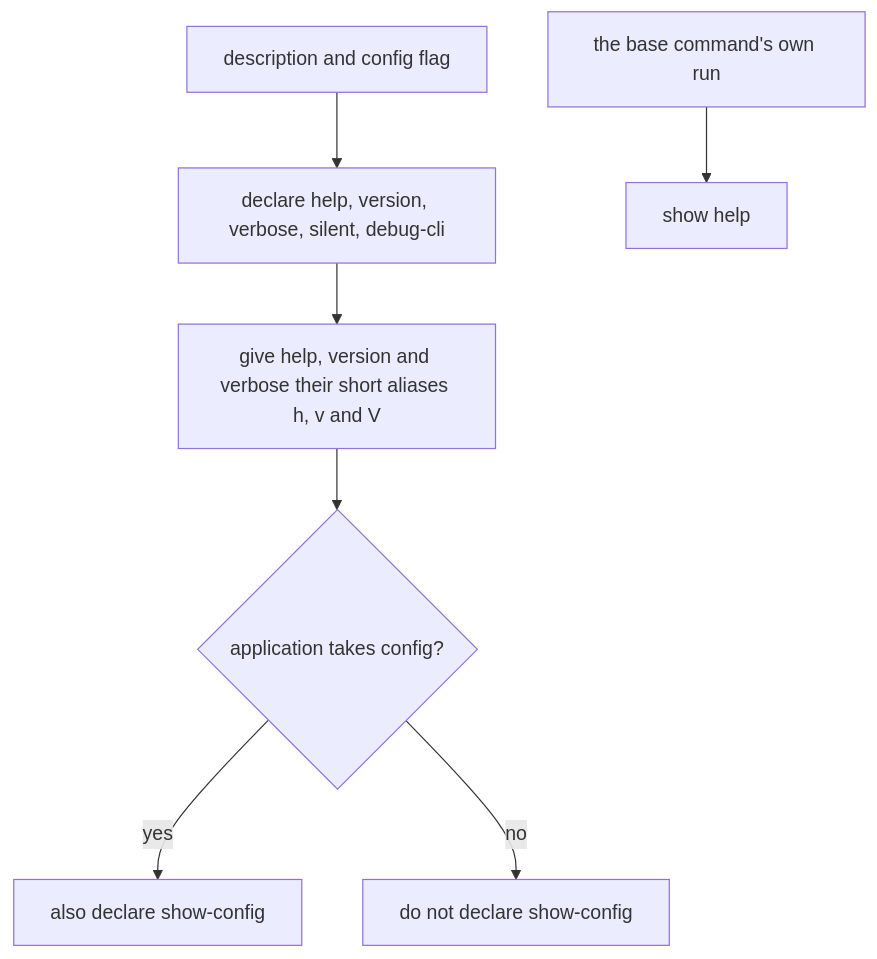
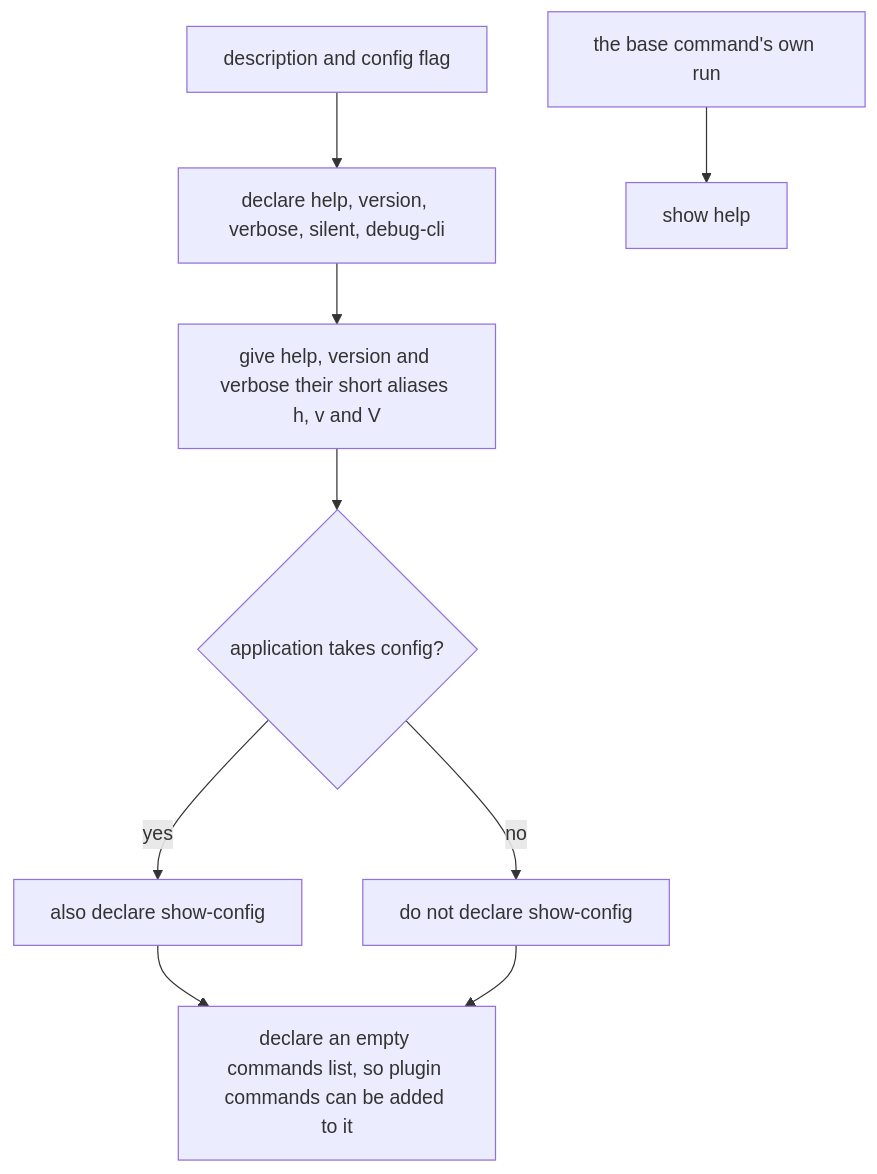
The first of 4 diagrams in packages/clibuilder/.agents/spec/builtin-commands/README.md (clibuilder/clibuilder), drawn with Mermaid before and after one commit. The commit also changed other lines of this file and 1 other file, not shown here.

````diff
--- a/packages/clibuilder/.agents/spec/builtin-commands/README.md
+++ b/packages/clibuilder/.agents/spec/builtin-commands/README.md
@@ -164,9 +164,11 @@
 ```mermaid
 graph TD
   B[description and config flag] --> G[declare help, version, verbose, silent, debug-cli]
   G --> AL["give help, version and verbose their short aliases h, v and V"]
   AL --> CF{application takes config?}
   CF -- yes --> SC[also declare show-config]
   CF -- no --> NS[do not declare show-config]
+  SC --> EC[declare an empty commands list, so plugin commands can be added to it]
+  NS --> EC
   R["the base command's own run"] --> H[show help]
 ```
````
